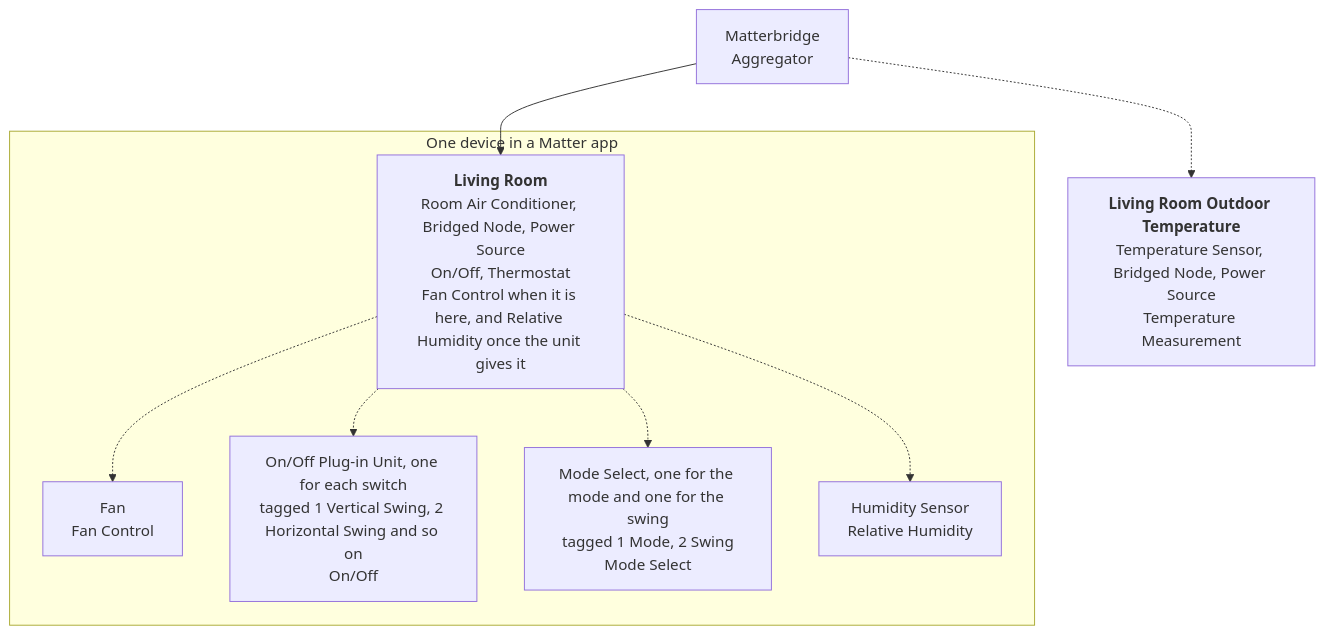
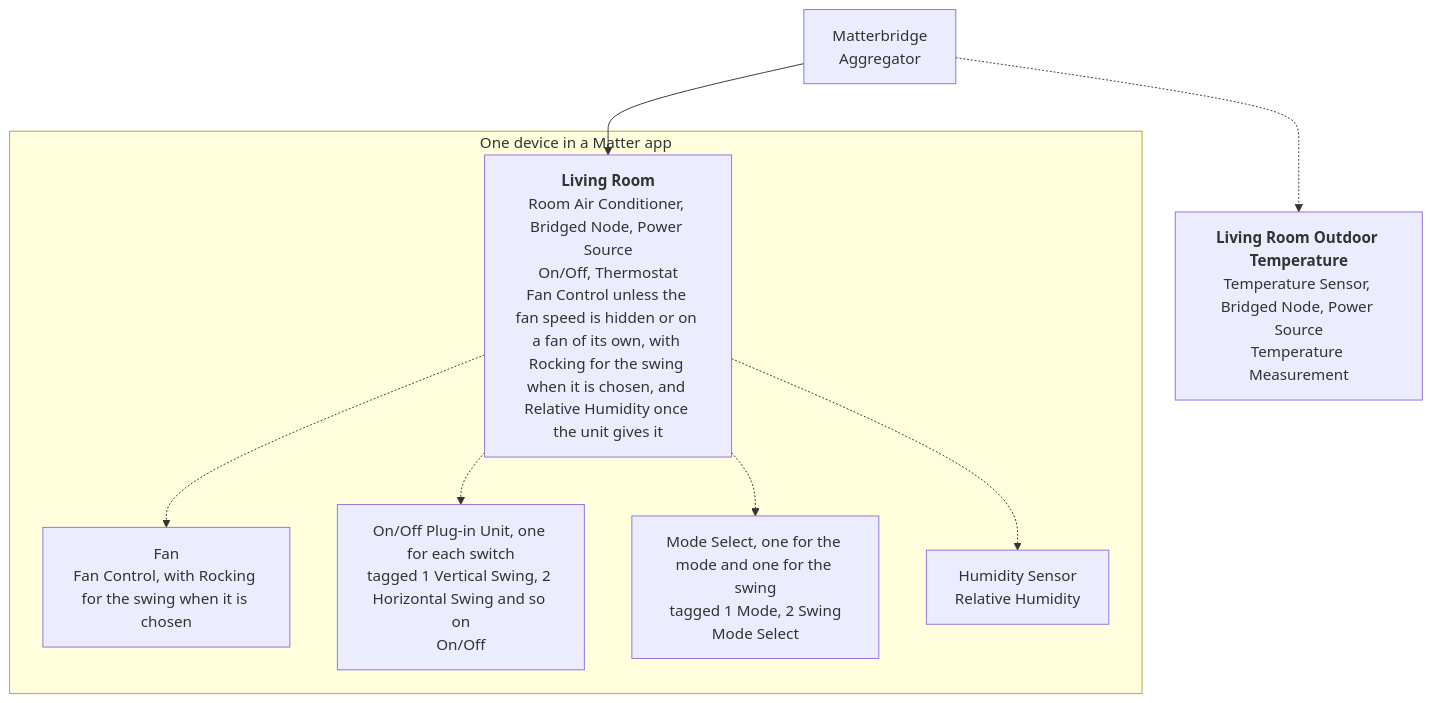
Before and after one commit to cheziyi/matterbridge-daikin-local: the first of 2 diagrams in README.md, drawn with Mermaid. The commit also changed other lines of this file and 11 other files, not shown here.

First line of the commit message:
Add the swing as the rocking of the fan control (#22)

````diff
--- a/README.md
+++ b/README.md
@@ -117,18 +117,18 @@
 ```mermaid
 flowchart TD
     bridge["Matterbridge<br/>Aggregator"]
     subgraph device["One device in a Matter app"]
-        ac["<b>Living Room</b><br/>Room Air Conditioner, Bridged Node, Power Source<br/>On/Off, Thermostat<br/>Fan Control when it is here, and Relative Humidity once the unit gives it"]
-        fan["Fan<br/>Fan Control"]
+        ac["<b>Living Room</b><br/>Room Air Conditioner, Bridged Node, Power Source<br/>On/Off, Thermostat<br/>Fan Control unless the fan speed is hidden or on a fan of its own, with Rocking for the swing when it is chosen, and Relative Humidity once the unit gives it"]
+        fan["Fan<br/>Fan Control, with Rocking for the swing when it is chosen"]
         switches["On/Off Plug-in Unit, one for each switch<br/>tagged 1 Vertical Swing, 2 Horizontal Swing and so on<br/>On/Off"]
         selects["Mode Select, one for the mode and one for the swing<br/>tagged 1 Mode, 2 Swing<br/>Mode Select"]
         humidity["Humidity Sensor<br/>Relative Humidity"]
     end
     outdoor["<b>Living Room Outdoor Temperature</b><br/>Temperature Sensor, Bridged Node, Power Source<br/>Temperature Measurement"]
     bridge --> ac
     ac -.-> fan
     ac -.-> switches
     ac -.-> selects
     ac -.-> humidity
     bridge -.-> outdoor
 ```
````
